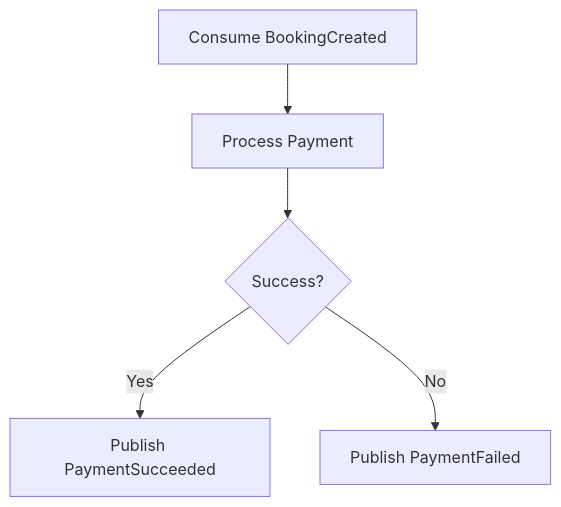
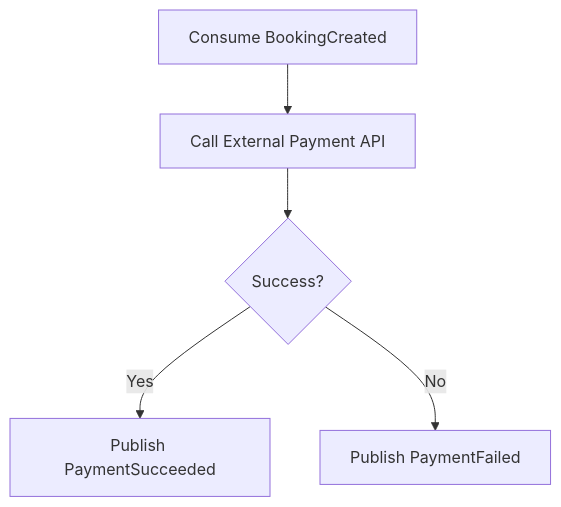
One commit to bangit14/WebBanHang-Project changed the fourth of 6 diagrams in analysis-and-design-ddd.md. Above: the diagram before and after it, drawn with Mermaid. The commit also changed other lines of this file, not shown here.

````diff
--- a/analysis-and-design-ddd.md
+++ b/analysis-and-design-ddd.md
@@ -198,7 +213,7 @@
 ```mermaid
 flowchart TD
-    A[Consume BookingCreated] --> B[Process Payment]
+    A[Consume BookingCreated] --> B[Call External Payment API]
     B --> C{Success?}
     C -->|Yes| D[Publish PaymentSucceeded]
     C -->|No| E[Publish PaymentFailed]
 ```
````
